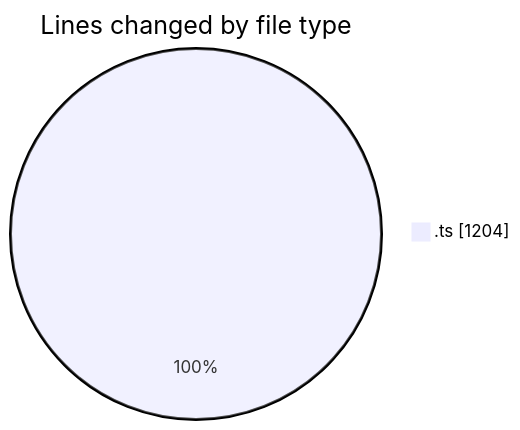
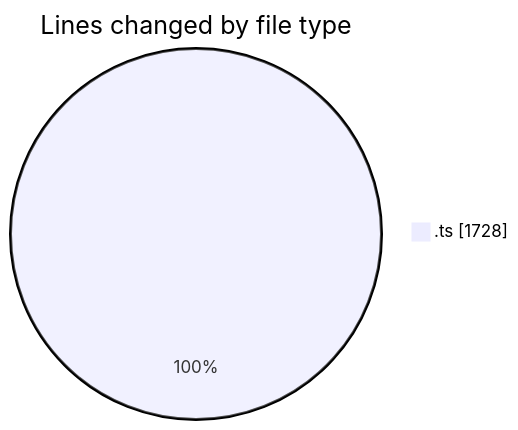
The first of 2 diagrams in 2025-06-27/cda/README.md (momahboobian/code-tracking), drawn with Mermaid before and after one commit. The commit also changed other lines of this file and 1 other file, not shown here.

````diff
--- a/2025-06-27/cda/README.md
+++ b/2025-06-27/cda/README.md
@@ -21,5 +23,5 @@
 ```mermaid
 pie showData
 title Lines changed by file type
-".ts" : 1204
+".ts" : 1728
 ```
````
